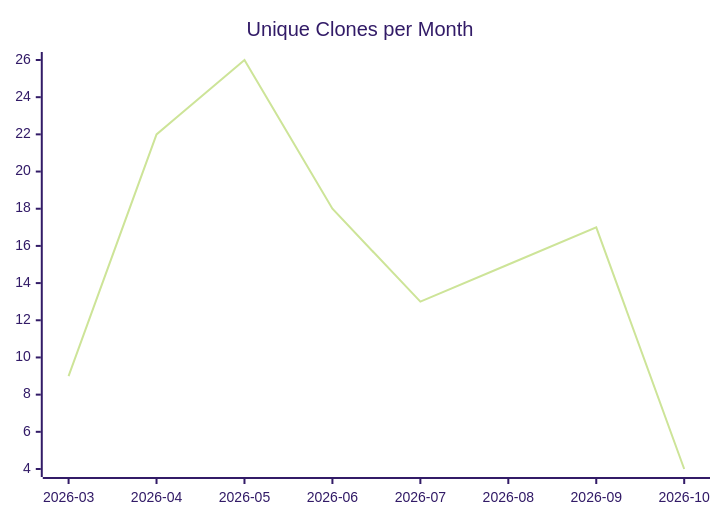
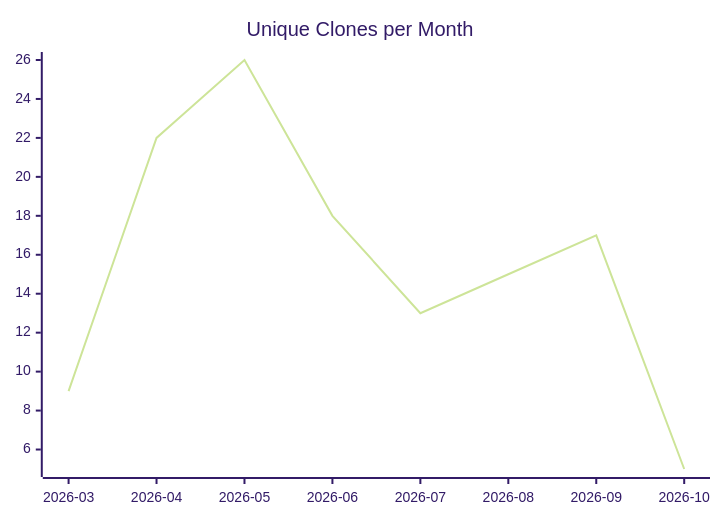
The third of 3 diagrams in karlmdavis/lego-ev3dev-rs/README.md (justdavis-family/github-analytics-data), drawn with Mermaid (forest theme) before and after one commit. The commit also changed other lines of this file and 200 other files, not shown here.

````diff
--- a/karlmdavis/lego-ev3dev-rs/README.md
+++ b/karlmdavis/lego-ev3dev-rs/README.md
@@ -19,6 +19,6 @@
 ```mermaid
 xychart-beta
   title "Unique Clones per Month"
   x-axis ["2026-03", "2026-04", "2026-05", "2026-06", "2026-07", "2026-08", "2026-09", "2026-10"]
-  line [9, 22, 26, 18, 13, 15, 17, 4]
+  line [9, 22, 26, 18, 13, 15, 17, 5]
 ```
````
